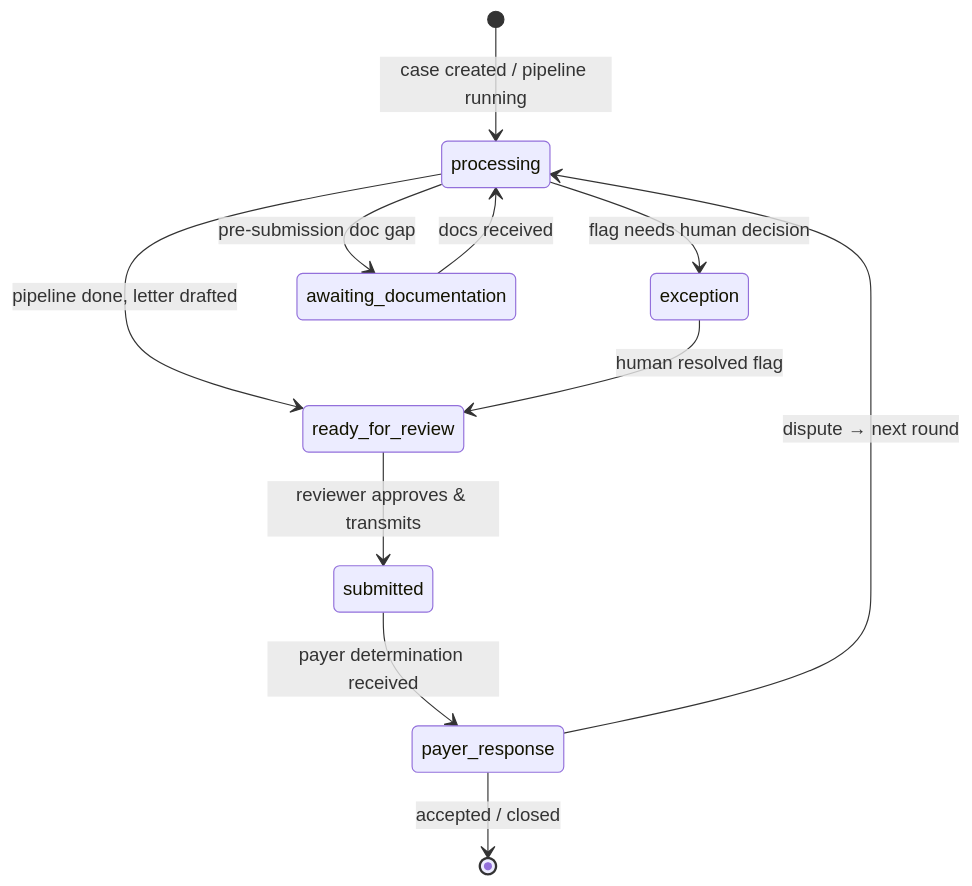
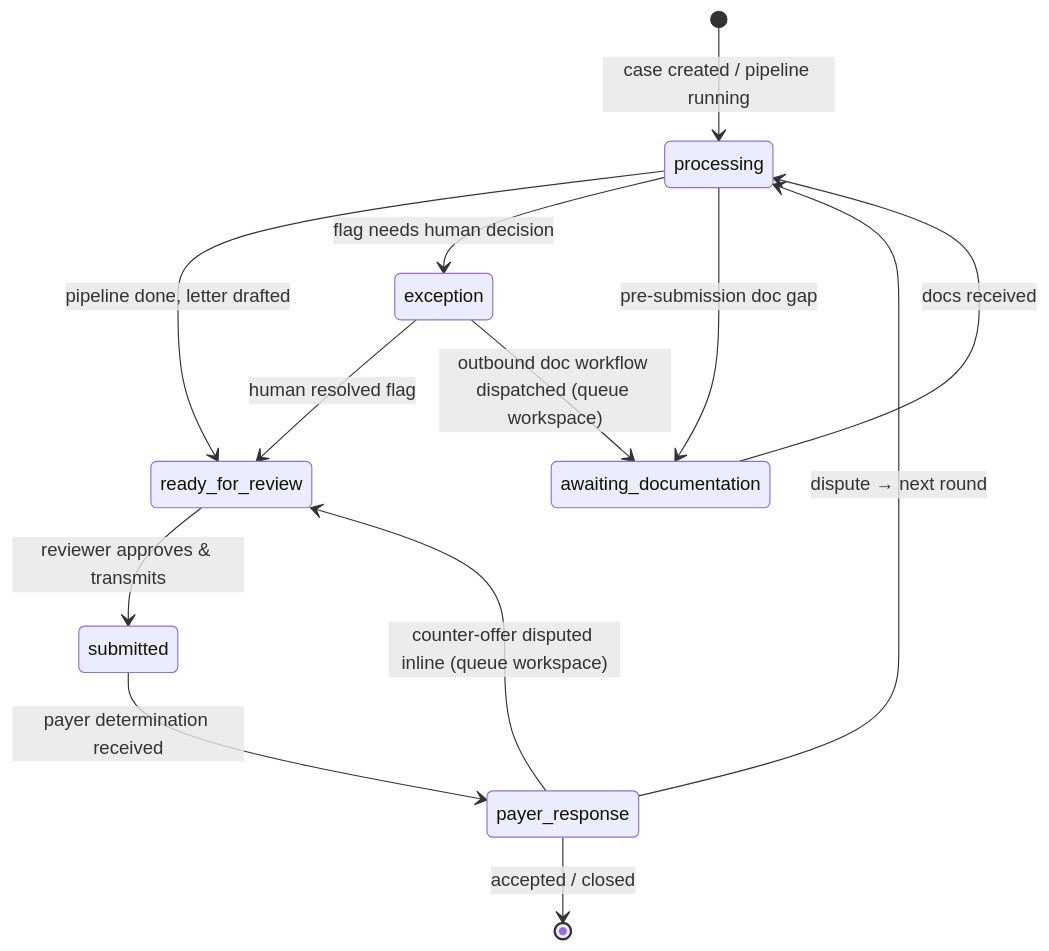
The first of 5 diagrams in docs/architecture/05-state-lifecycle.md (mcruz90/paxos-demo), drawn with Mermaid before and after one commit. The commit also changed other lines of this file and 2 other files, not shown here.

First line of the commit message:
docs(architecture): 01/05/09 — queue workspace container, CaseStatus queue edges, frontend test list

````diff
--- a/docs/architecture/05-state-lifecycle.md
+++ b/docs/architecture/05-state-lifecycle.md
@@ -14,13 +14,15 @@
 ```mermaid
 stateDiagram-v2
     [*] --> processing : case created / pipeline running
     processing --> ready_for_review : pipeline done, letter drafted
     processing --> exception : flag needs human decision
     processing --> awaiting_documentation : pre-submission doc gap
     awaiting_documentation --> processing : docs received
     exception --> ready_for_review : human resolved flag
+    exception --> awaiting_documentation : outbound doc workflow dispatched (queue workspace)
     ready_for_review --> submitted : reviewer approves & transmits
     submitted --> payer_response : payer determination received
     payer_response --> [*] : accepted / closed
     payer_response --> processing : dispute → next round
+    payer_response --> ready_for_review : counter-offer disputed inline (queue workspace)
 ```
````
